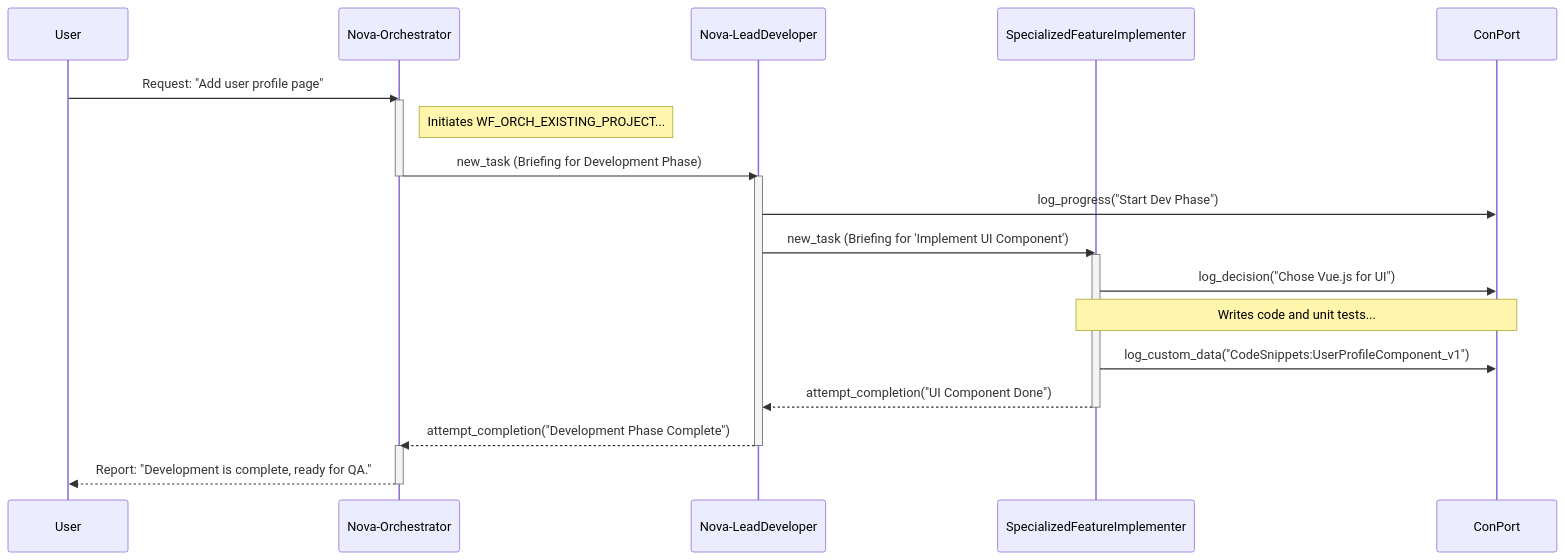
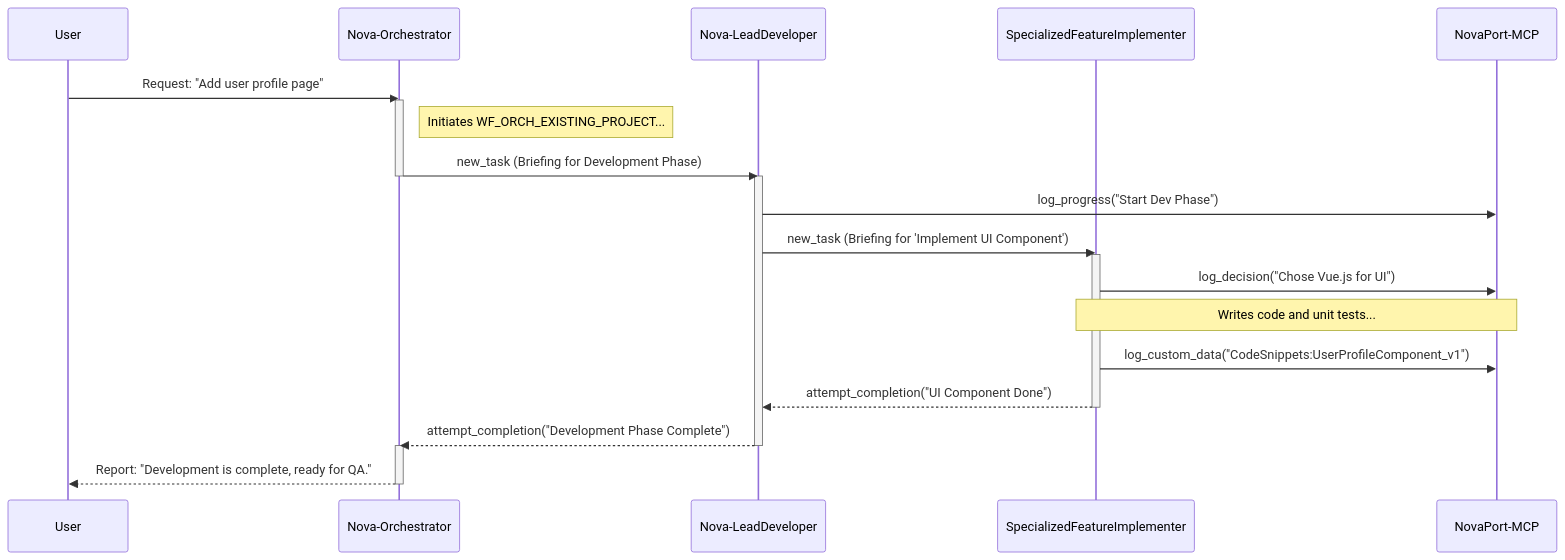
The third of 7 diagrams in NOVA_SYSTEM_ARCHITECTURE.md (Siroopfles/NovaPort), drawn with Mermaid before and after one commit. The commit also changed other lines of this file and 46 other files, not shown here.

````diff
--- a/NOVA_SYSTEM_ARCHITECTURE.md
+++ b/NOVA_SYSTEM_ARCHITECTURE.md
@@ -120,32 +115,32 @@
 ```mermaid
 sequenceDiagram
     participant User
     participant Orchestrator as Nova-Orchestrator
     participant LeadDev as Nova-LeadDeveloper
     participant Implementer as SpecializedFeatureImplementer
-    participant ConPort
+    participant NovaPortMCP as NovaPort-MCP
 
     User->>Orchestrator: Request: "Add user profile page"
     activate Orchestrator
     Note right of Orchestrator: Initiates WF_ORCH_EXISTING_PROJECT...
     Orchestrator->>LeadDev: new_task (Briefing for Development Phase)
     deactivate Orchestrator
 
     activate LeadDev
-    LeadDev->>ConPort: log_progress("Start Dev Phase")
+    LeadDev->>NovaPortMCP: log_progress("Start Dev Phase")
     LeadDev->>Implementer: new_task (Briefing for 'Implement UI Component')
 
     activate Implementer
-    Implementer->>ConPort: log_decision("Chose Vue.js for UI")
-    Note over Implementer, ConPort: Writes code and unit tests...
-    Implementer->>ConPort: log_custom_data("CodeSnippets:UserProfileComponent_v1")
+    Implementer->>NovaPortMCP: log_decision("Chose Vue.js for UI")
+    Note over Implementer, NovaPortMCP: Writes code and unit tests...
+    Implementer->>NovaPortMCP: log_custom_data("CodeSnippets:UserProfileComponent_v1")
     Implementer-->>LeadDev: attempt_completion("UI Component Done")
     deactivate Implementer
 
     LeadDev-->>Orchestrator: attempt_completion("Development Phase Complete")
     deactivate LeadDev
 
     activate Orchestrator
     Orchestrator-->>User: Report: "Development is complete, ready for QA."
     deactivate Orchestrator
 ```
````
